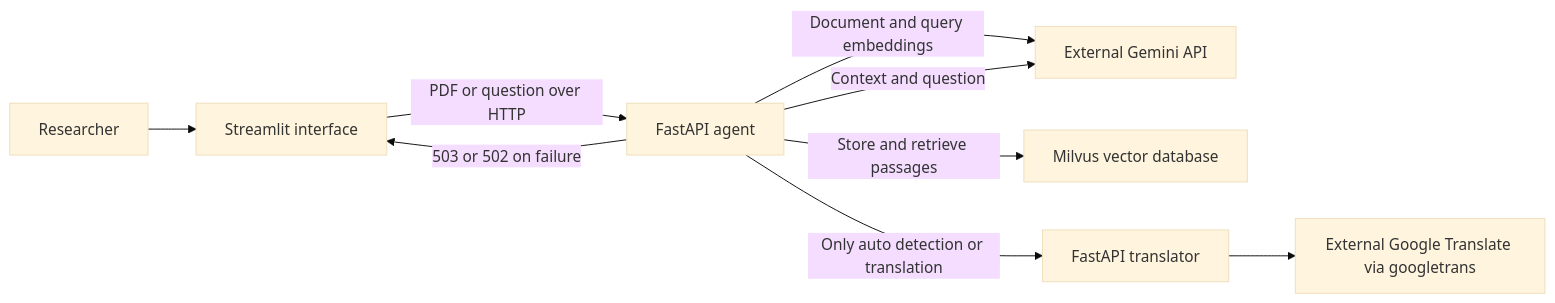
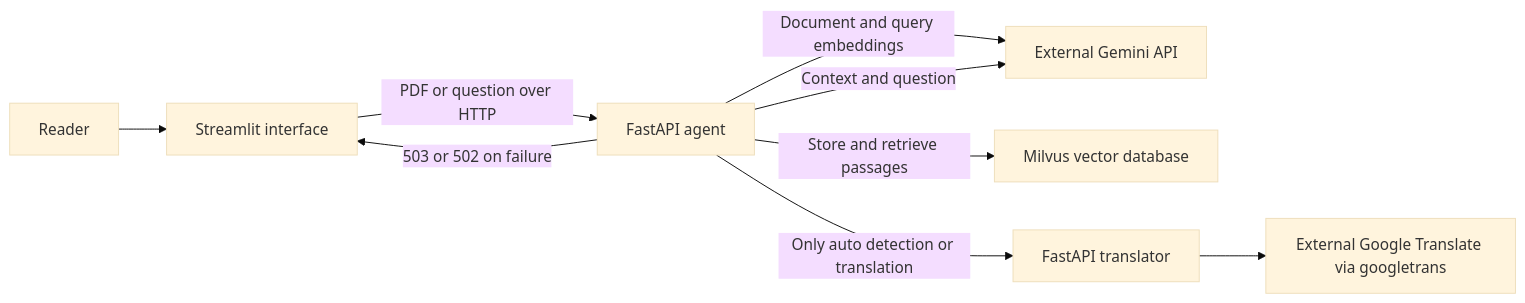
Before and after one commit to ManeswarSahu11/between-papers: the first of 3 diagrams in docs/ARCHITECTURE.md, drawn with Mermaid (base theme). The commit also changed other lines of this file and 14 other files, not shown here.

````diff
--- a/docs/ARCHITECTURE.md
+++ b/docs/ARCHITECTURE.md
@@ -5,11 +5,11 @@
 ```mermaid
 flowchart LR
-    User[Researcher] --> UI[Streamlit interface]
+    User[Reader] --> UI[Streamlit interface]
     UI -->|PDF or question over HTTP| API[FastAPI agent]
     API -->|Document and query embeddings| Gemini[External Gemini API]
     API -->|Context and question| Gemini
     API -->|Store and retrieve passages| Milvus[Milvus vector database]
     API -->|Only auto detection or translation| T[FastAPI translator]
     T --> GT[External Google Translate via googletrans]
     API -->|503 or 502 on failure| UI
 ```
````
